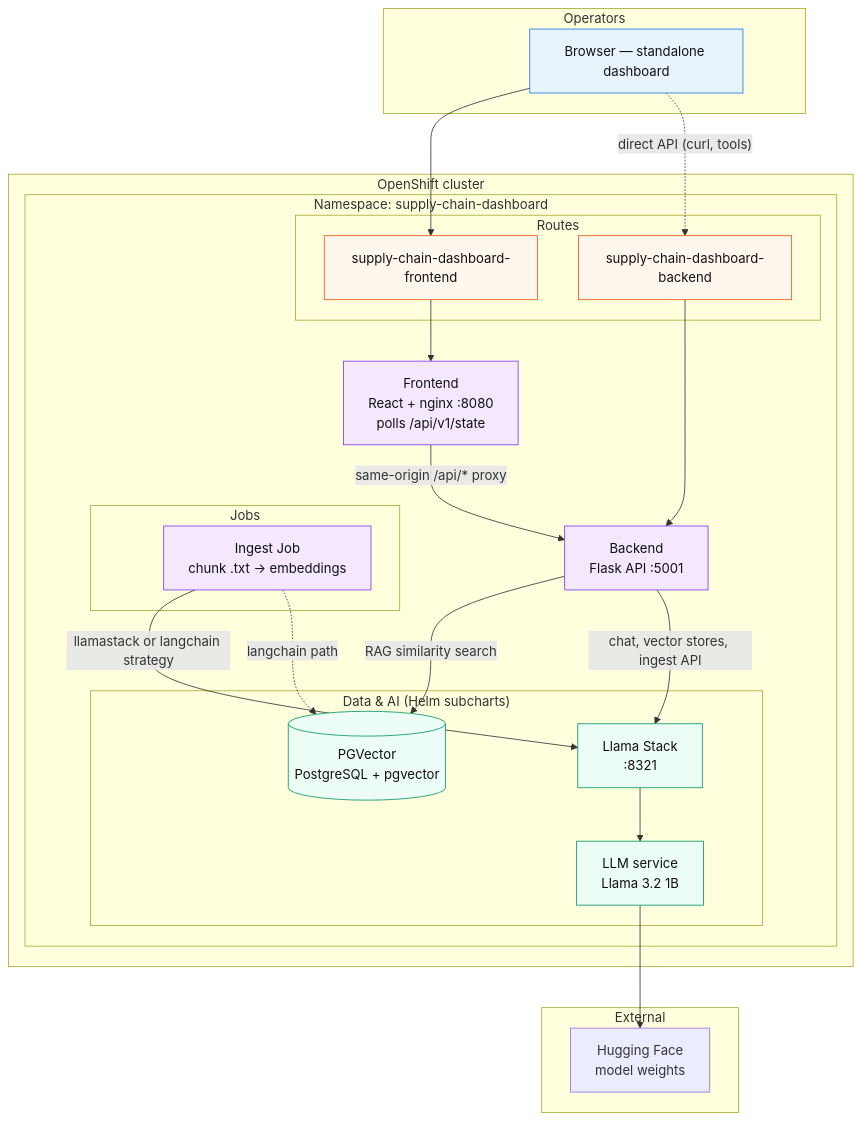
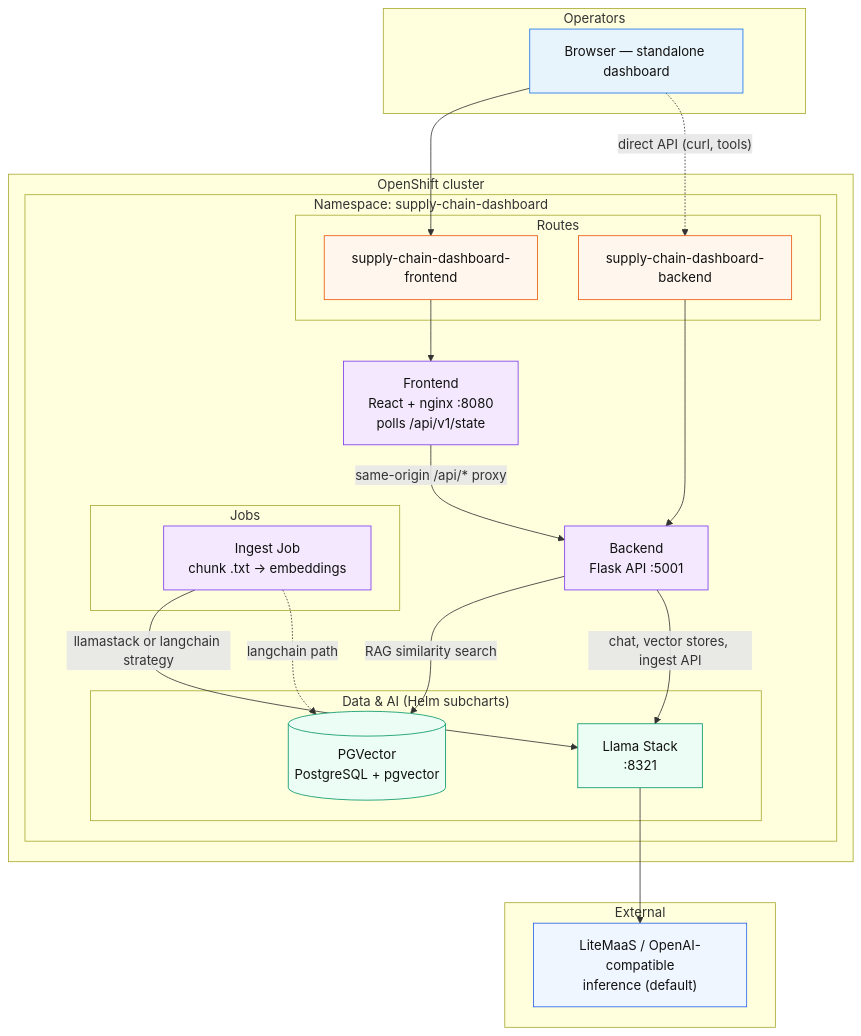
Before and after one commit to rh-ai-quickstart/ai-supply-chain-agent: the first of 2 diagrams in README.md, drawn with Mermaid. The commit also changed other lines of this file and 37 other files, not shown here.

````diff
--- a/README.md
+++ b/README.md
@@ -32,54 +32,54 @@
 ```mermaid
 flowchart TB
   subgraph users["Operators"]
     U1["Browser — standalone dashboard"]
   end
 
   subgraph ocp["OpenShift cluster"]
     subgraph ns["Namespace: supply-chain-dashboard"]
       subgraph routes["Routes"]
         R_FE["supply-chain-dashboard-frontend"]
         R_BE["supply-chain-dashboard-backend"]
       end
 
       FE["Frontend<br/>React + nginx :8080<br/>polls /api/v1/state"]
       BE["Backend<br/>Flask API :5001"]
 
       subgraph jobs["Jobs"]
         ING["Ingest Job<br/>chunk .txt → embeddings"]
       end
 
       subgraph data["Data & AI (Helm subcharts)"]
         PG[("PGVector<br/>PostgreSQL + pgvector")]
         LS["Llama Stack<br/>:8321"]
-        LLM["LLM service<br/>Llama 3.2 1B"]
       end
     end
   end
 
   subgraph external["External"]
-    HF["Hugging Face<br/>model weights"]
+    MAAS["LiteMaaS / OpenAI-compatible<br/>inference (default)"]
   end
 
   U1 --> R_FE --> FE
   FE -->|"same-origin /api/* proxy"| BE
   U1 -.->|"direct API (curl, tools)"| R_BE
   R_BE --> BE
 
   BE -->|"RAG similarity search"| PG
   BE -->|"chat, vector stores, ingest API"| LS
-  LS --> LLM
-  LLM --> HF
+  LS --> MAAS
 
   ING -->|"llamastack or langchain strategy"| LS
   ING -.->|"langchain path"| PG
 
   classDef user fill:#e8f4fc,stroke:#1a73e8,color:#111
   classDef app fill:#f3e8fd,stroke:#7c3aed,color:#111
   classDef data fill:#ecfdf5,stroke:#059669,color:#111
   classDef route fill:#fff7ed,stroke:#ea580c,color:#111
+  classDef ext fill:#eff6ff,stroke:#2563eb,color:#111
   class U1 user
   class FE,BE,ING app
-  class PG,LS,LLM data
+  class PG,LS data
   class R_FE,R_BE route
+  class MAAS ext
 ```
````
